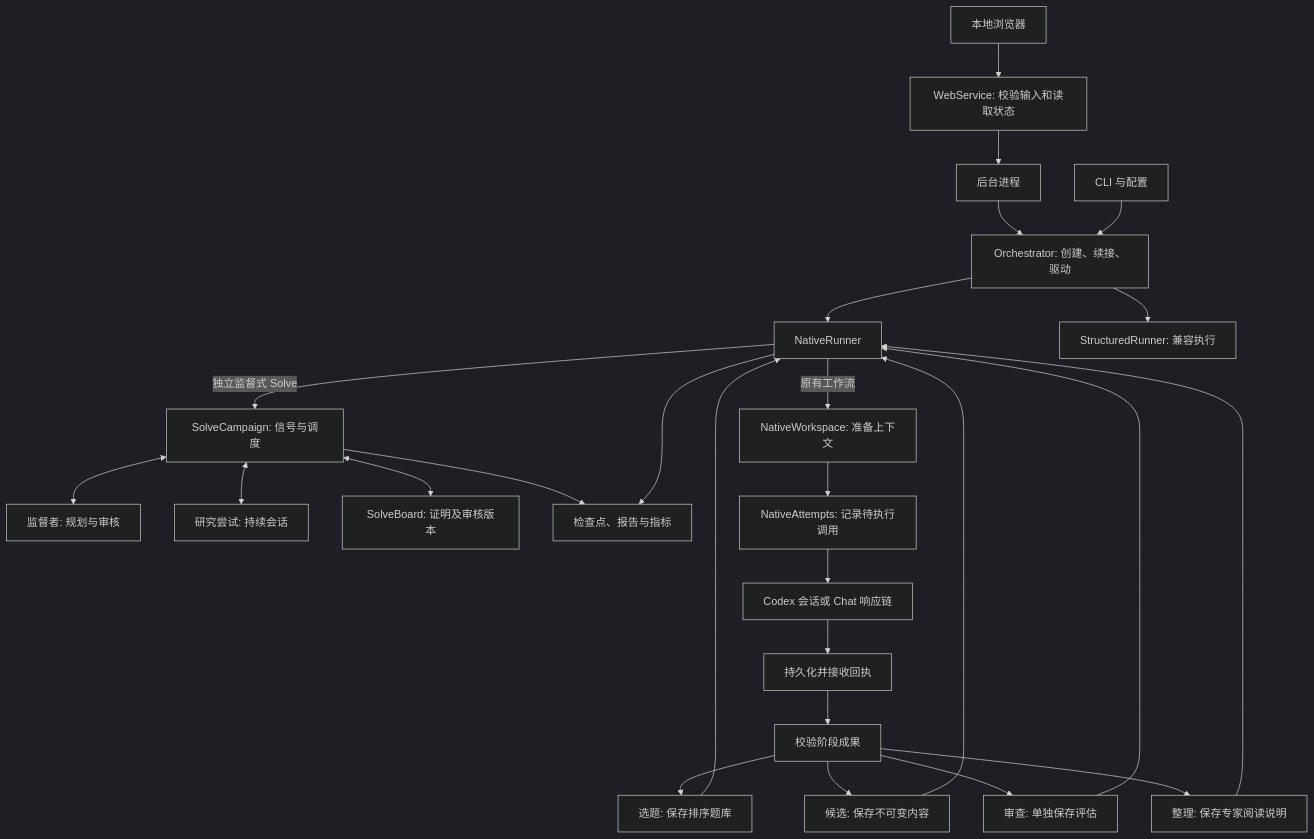
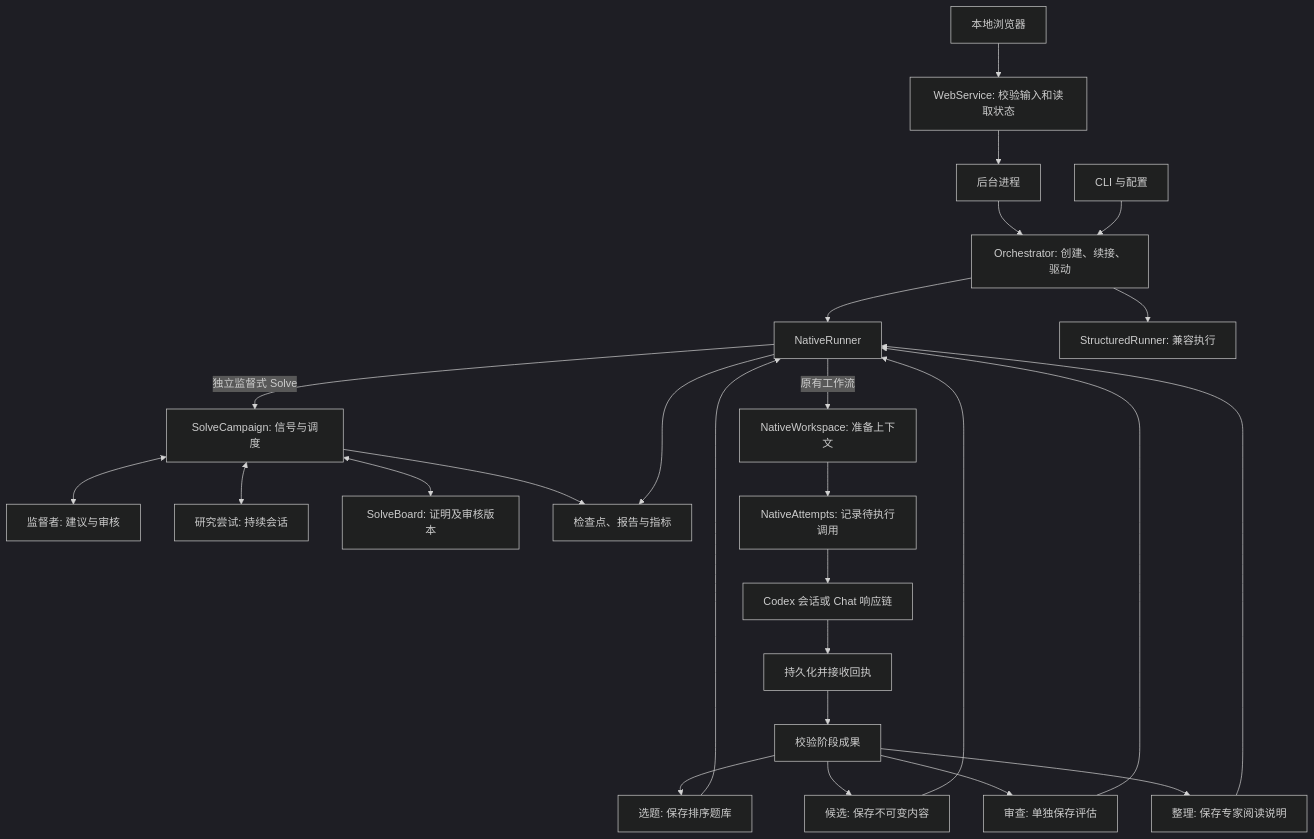
The diagram in docs/architecture.cn.md (intern233/MathLottery), drawn with Mermaid (dark theme) before and after one commit. The commit also changed other lines of this file and 75 other files, not shown here.

````diff
--- a/docs/architecture.cn.md
+++ b/docs/architecture.cn.md
@@ -102,28 +109,28 @@
 ```mermaid
 flowchart TD
     Browser[本地浏览器] --> Web[WebService: 校验输入和读取状态]
     Web --> Worker[后台进程]
     Worker --> Engine
     CLI[CLI 与配置] --> Engine[Orchestrator: 创建、续接、驱动]
     Engine --> Native[NativeRunner]
     Engine --> Legacy[StructuredRunner: 兼容执行]
     Native -->|原有工作流| Workspace[NativeWorkspace: 准备上下文]
     Native -->|独立监督式 Solve| Campaign[SolveCampaign: 信号与调度]
-    Campaign <--> Supervisor[监督者: 规划与审核]
+    Campaign <--> Supervisor[监督者: 建议与审核]
     Campaign <--> Researchers[研究尝试: 持续会话]
     Campaign <--> Board[SolveBoard: 证明及审核版本]
     Campaign --> Report
     Workspace --> Journal[NativeAttempts: 记录待执行调用]
     Journal --> Backend[Codex 会话或 Chat 响应链]
     Backend --> Receipt[持久化并接收回执]
     Receipt --> Milestone[校验阶段成果]
     Milestone --> Find[选题: 保存排序题库]
     Milestone --> Solve[候选: 保存不可变内容]
     Milestone --> Review[审查: 单独保存评估]
     Milestone --> Organize[整理: 保存专家阅读说明]
     Find --> Native
     Solve --> Native
     Review --> Native
     Organize --> Native
     Native --> Report[检查点、报告与指标]
 ```
````
